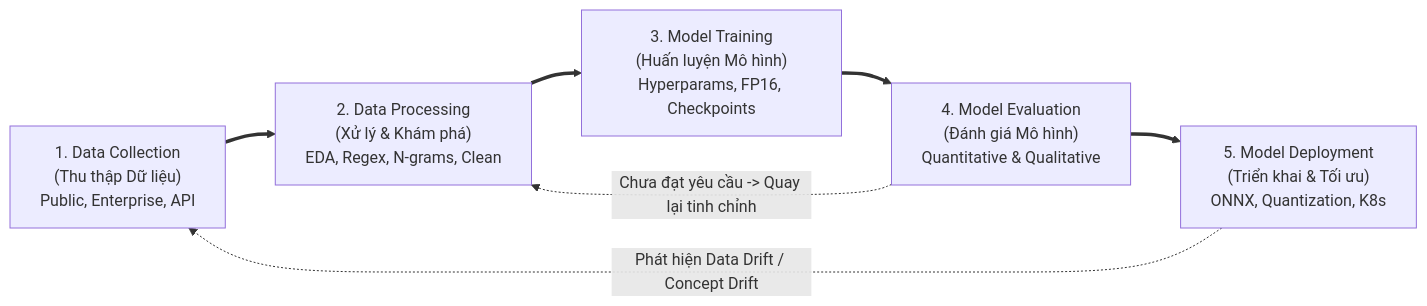
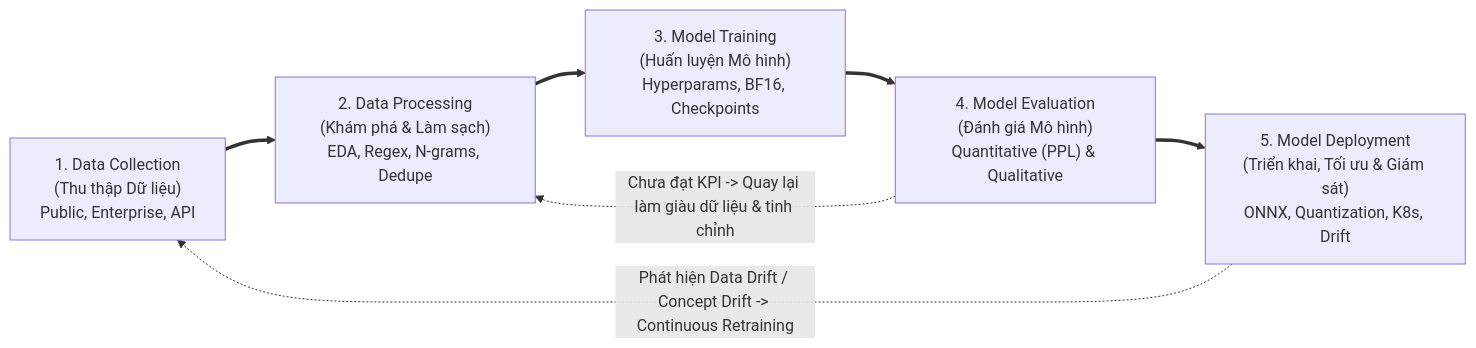
Before and after one commit to nxthanh2904/nca-genl: the first of 5 diagrams in Module_07_Model_Training_and_Lifecycle.md, drawn with Mermaid. The commit also changed other lines of this file and 11 other files, not shown here.

````diff
--- a/Module_07_Model_Training_and_Lifecycle.md
+++ b/Module_07_Model_Training_and_Lifecycle.md
@@ -13,12 +13,12 @@
 ```mermaid
 flowchart LR
     P1["1. Data Collection<br/>(Thu thập Dữ liệu)<br/>Public, Enterprise, API"]
-    P2["2. Data Processing<br/>(Xử lý & Khám phá)<br/>EDA, Regex, N-grams, Clean"]
-    P3["3. Model Training<br/>(Huấn luyện Mô hình)<br/>Hyperparams, FP16, Checkpoints"]
-    P4["4. Model Evaluation<br/>(Đánh giá Mô hình)<br/>Quantitative & Qualitative"]
-    P5["5. Model Deployment<br/>(Triển khai & Tối ưu)<br/>ONNX, Quantization, K8s"]
+    P2["2. Data Processing<br/>(Khám phá & Làm sạch)<br/>EDA, Regex, N-grams, Dedupe"]
+    P3["3. Model Training<br/>(Huấn luyện Mô hình)<br/>Hyperparams, BF16, Checkpoints"]
+    P4["4. Model Evaluation<br/>(Đánh giá Mô hình)<br/>Quantitative (PPL) & Qualitative"]
+    P5["5. Model Deployment<br/>(Triển khai, Tối ưu & Giám sát)<br/>ONNX, Quantization, K8s, Drift"]
 
     P1 ==> P2 ==> P3 ==> P4 ==> P5
-    P4 -.->|"Chưa đạt yêu cầu -> Quay lại tinh chỉnh"| P2
-    P5 -.->|"Phát hiện Data Drift / Concept Drift"| P1
+    P4 -.->|"Chưa đạt KPI -> Quay lại làm giàu dữ liệu & tinh chỉnh"| P2
+    P5 -.->|"Phát hiện Data Drift / Concept Drift -> Continuous Retraining"| P1
 ```
````
